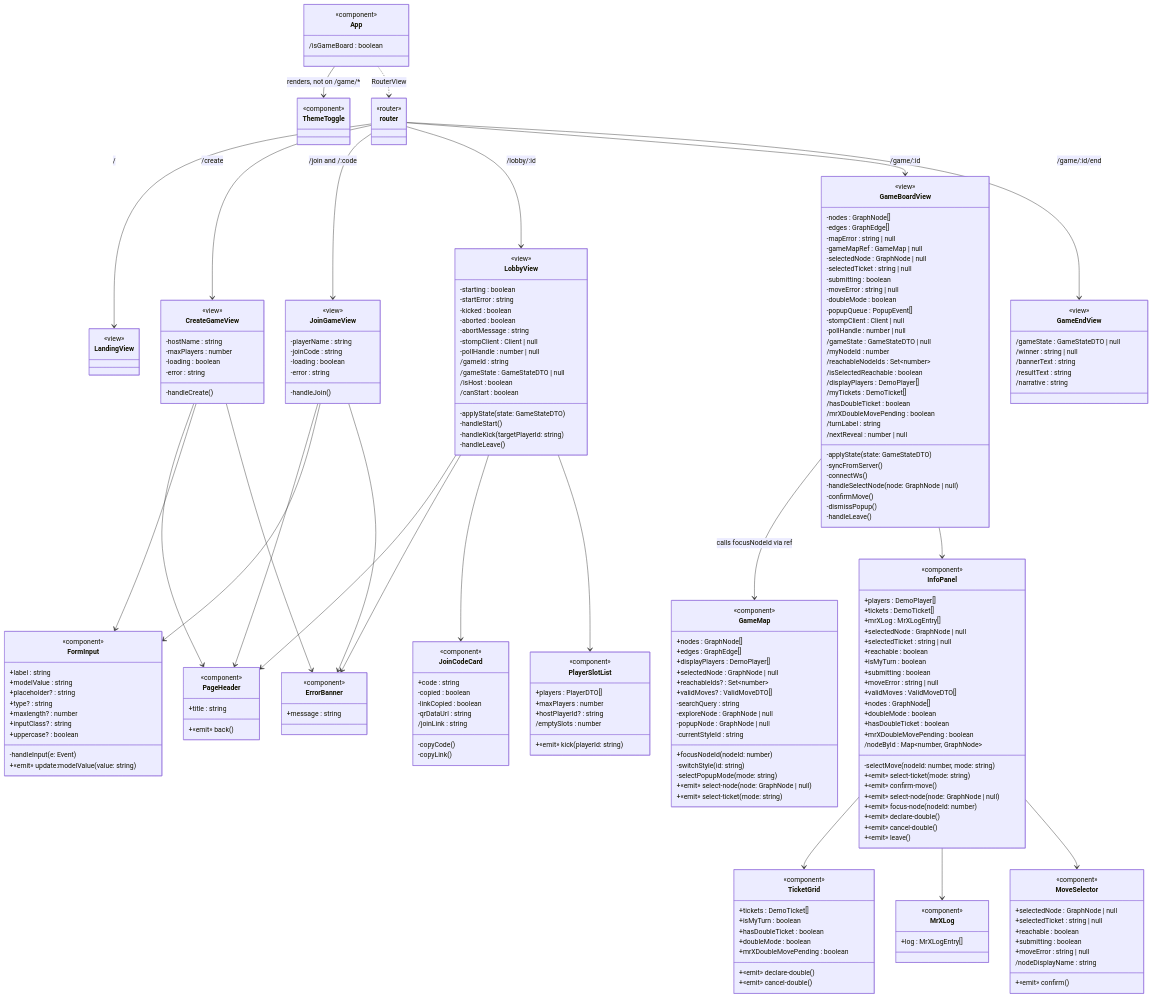
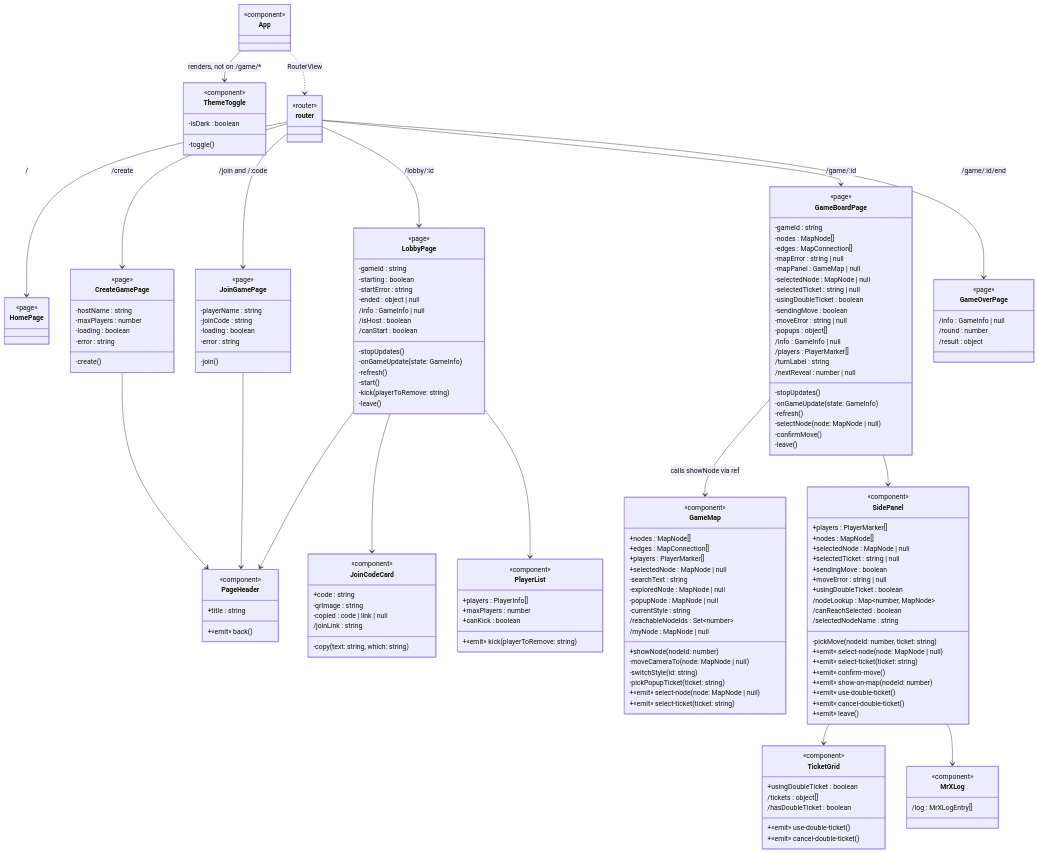
The third of 3 diagrams in documentation/plans/frontend-graph.md (Ming-Bao/HuntingMrX), drawn with Mermaid before and after one commit. The commit also changed other lines of this file and 58 other files, not shown here.

````diff
--- a/documentation/plans/frontend-graph.md
+++ b/documentation/plans/frontend-graph.md
@@ -238,189 +218,141 @@
 
     class App {
         <<component>>
-        /isGameBoard : boolean
     }
     class router {
         <<router>>
     }
-    class LandingView {
-        <<view>>
+    class HomePage {
+        <<page>>
     }
-    class CreateGameView {
-        <<view>>
+    class CreateGamePage {
+        <<page>>
         -hostName : string
         -maxPlayers : number
         -loading : boolean
         -error : string
-        -handleCreate()
+        -create()
     }
-    class JoinGameView {
-        <<view>>
+    class JoinGamePage {
+        <<page>>
         -playerName : string
         -joinCode : string
         -loading : boolean
         -error : string
-        -handleJoin()
+        -join()
     }
-    class LobbyView {
-        <<view>>
+    class LobbyPage {
+        <<page>>
+        -gameId : string
         -starting : boolean
         -startError : string
-        -kicked : boolean
-        -aborted : boolean
-        -abortMessage : string
-        -stompClient : Client | null
-        -pollHandle : number | null
-        /gameId : string
-        /gameState : GameStateDTO | null
+        -ended : object | null
+        -stopUpdates()
+        /info : GameInfo | null
         /isHost : boolean
         /canStart : boolean
-        -applyState(state: GameStateDTO)
-        -handleStart()
-        -handleKick(targetPlayerId: string)
-        -handleLeave()
+        -onGameUpdate(state: GameInfo)
+        -refresh()
+        -start()
+        -kick(playerToRemove: string)
+        -leave()
     }
-    class GameBoardView {
-        <<view>>
-        -nodes : GraphNode[]
-        -edges : GraphEdge[]
+    class GameBoardPage {
+        <<page>>
+        -gameId : string
+        -nodes : MapNode[]
+        -edges : MapConnection[]
         -mapError : string | null
-        -gameMapRef : GameMap | null
-        -selectedNode : GraphNode | null
+        -mapPanel : GameMap | null
+        -selectedNode : MapNode | null
         -selectedTicket : string | null
-        -submitting : boolean
+        -usingDoubleTicket : boolean
+        -sendingMove : boolean
         -moveError : string | null
-        -doubleMode : boolean
-        -popupQueue : PopupEvent[]
-        -stompClient : Client | null
-        -pollHandle : number | null
-        /gameState : GameStateDTO | null
-        /myNodeId : number
-        /reachableNodeIds : Set~number~
-        /isSelectedReachable : boolean
-        /displayPlayers : DemoPlayer[]
-        /myTickets : DemoTicket[]
-        /hasDoubleTicket : boolean
-        /mrXDoubleMovePending : boolean
+        -popups : object[]
+        -stopUpdates()
+        /info : GameInfo | null
+        /players : PlayerMarker[]
         /turnLabel : string
         /nextReveal : number | null
-        -applyState(state: GameStateDTO)
-        -syncFromServer()
-        -connectWs()
-        -handleSelectNode(node: GraphNode | null)
+        -onGameUpdate(state: GameInfo)
+        -refresh()
+        -selectNode(node: MapNode | null)
         -confirmMove()
-        -dismissPopup()
-        -handleLeave()
+        -leave()
     }
-    class GameEndView {
-        <<view>>
-        /gameState : GameStateDTO | null
-        /winner : string | null
-        /bannerText : string
-        /resultText : string
-        /narrative : string
+    class GameOverPage {
+        <<page>>
+        /info : GameInfo | null
+        /round : number
+        /result : object
     }
     class GameMap {
         <<component>>
-        +nodes : GraphNode[]
-        +edges : GraphEdge[]
-        +displayPlayers : DemoPlayer[]
-        +selectedNode : GraphNode | null
-        +reachableIds? : Set~number~
-        +validMoves? : ValidMoveDTO[]
-        -searchQuery : string
-        -exploreNode : GraphNode | null
-        -popupNode : GraphNode | null
-        -currentStyleId : string
-        +focusNodeId(nodeId: number)
+        +nodes : MapNode[]
+        +edges : MapConnection[]
+        +players : PlayerMarker[]
+        +selectedNode : MapNode | null
+        -searchText : string
+        -exploredNode : MapNode | null
+        -popupNode : MapNode | null
+        -currentStyle : string
+        /reachableNodeIds : Set~number~
+        /myNode : MapNode | null
+        +showNode(nodeId: number)
+        -moveCameraTo(node: MapNode | null)
         -switchStyle(id: string)
-        -selectPopupMode(mode: string)
-        +«emit» select-node(node: GraphNode | null)
-        +«emit» select-ticket(mode: string)
+        -pickPopupTicket(ticket: string)
+        +«emit» select-node(node: MapNode | null)
+        +«emit» select-ticket(ticket: string)
     }
-    class InfoPanel {
+    class SidePanel {
         <<component>>
-        +players : DemoPlayer[]
-        +tickets : DemoTicket[]
-        +mrXLog : MrXLogEntry[]
-        +selectedNode : GraphNode | null
+        +players : PlayerMarker[]
+        +nodes : MapNode[]
+        +selectedNode : MapNode | null
         +selectedTicket : string | null
-        +reachable : boolean
-        +isMyTurn : boolean
-        +submitting : boolean
+        +sendingMove : boolean
         +moveError : string | null
-        +validMoves : ValidMoveDTO[]
-        +nodes : GraphNode[]
-        +doubleMode : boolean
-        +hasDoubleTicket : boolean
-        +mrXDoubleMovePending : boolean
-        /nodeById : Map~number, GraphNode~
-        -selectMove(nodeId: number, mode: string)
-        +«emit» select-ticket(mode: string)
+        +usingDoubleTicket : boolean
+        /nodeLookup : Map~number, MapNode~
+        /canReachSelected : boolean
+        /selectedNodeName : string
+        -pickMove(nodeId: number, ticket: string)
+        +«emit» select-node(node: MapNode | null)
+        +«emit» select-ticket(ticket: string)
         +«emit» confirm-move()
-        +«emit» select-node(node: GraphNode | null)
-        +«emit» focus-node(nodeId: number)
-        +«emit» declare-double()
-        +«emit» cancel-double()
+        +«emit» show-on-map(nodeId: number)
+        +«emit» use-double-ticket()
+        +«emit» cancel-double-ticket()
         +«emit» leave()
     }
-    class MoveSelector {
+    class TicketGrid {
         <<component>>
-        +selectedNode : GraphNode | null
-        +selectedTicket : string | null
-        +reachable : boolean
-        +submitting : boolean
-        +moveError : string | null
-        /nodeDisplayName : string
-        +«emit» confirm()
+        +usingDoubleTicket : boolean
+        /tickets : object[]
+        /hasDoubleTicket : boolean
+        +«emit» use-double-ticket()
+        +«emit» cancel-double-ticket()
     }
     class MrXLog {
         <<component>>
-        +log : MrXLogEntry[]
-    }
-    class TicketGrid {
-        <<component>>
-        +tickets : DemoTicket[]
-        +isMyTurn : boolean
-        +hasDoubleTicket : boolean
-        +doubleMode : boolean
-        +mrXDoubleMovePending : boolean
-        +«emit» declare-double()
-        +«emit» cancel-double()
+        /log : MrXLogEntry[]
     }
     class JoinCodeCard {
         <<component>>
         +code : string
-        -copied : boolean
-        -linkCopied : boolean
-        -qrDataUrl : string
+        -qrImage : string
+        -copied : code | link | null
         /joinLink : string
-        -copyCode()
-        -copyLink()
+        -copy(text: string, which: string)
     }
-    class PlayerSlotList {
+    class PlayerList {
         <<component>>
-        +players : PlayerDTO[]
+        +players : PlayerInfo[]
         +maxPlayers : number
-        +hostPlayerId? : string
-        /emptySlots : number
-        +«emit» kick(playerId: string)
-    }
-    class ErrorBanner {
-        <<component>>
-        +message : string
-    }
-    class FormInput {
-        <<component>>
-        +label : string
-        +modelValue : string
-        +placeholder? : string
-        +type? : string
-        +maxlength? : number
-        +inputClass? : string
-        +uppercase? : boolean
-        -handleInput(e: Event)
-        +«emit» update:modelValue(value: string)
+        +canKick : boolean
+        +«emit» kick(playerToRemove: string)
     }
     class PageHeader {
         <<component>>
@@ -429,29 +361,25 @@
     }
     class ThemeToggle {
         <<component>>
+        -isDark : boolean
+        -toggle()
     }
 
     App --> ThemeToggle : renders, not on /game/*
     App ..> router : RouterView
-    router --> LandingView : /
-    router --> CreateGameView : /create
-    router --> JoinGameView : /join and /#58;code
-    router --> LobbyView : /lobby/#58;id
-    router --> GameBoardView : /game/#58;id
-    router --> GameEndView : /game/#58;id/end
-    CreateGameView --> PageHeader
-    CreateGameView --> FormInput
-    CreateGameView --> ErrorBanner
-    JoinGameView --> PageHeader
-    JoinGameView --> FormInput
-    JoinGameView --> ErrorBanner
-    LobbyView --> PageHeader
-    LobbyView --> ErrorBanner
-    LobbyView --> JoinCodeCard
-    LobbyView --> PlayerSlotList
-    GameBoardView --> GameMap : calls focusNodeId via ref
-    GameBoardView --> InfoPanel
-    InfoPanel --> TicketGrid
-    InfoPanel --> MrXLog
-    InfoPanel --> MoveSelector
+    router --> HomePage : /
+    router --> CreateGamePage : /create
+    router --> JoinGamePage : /join and /#58;code
+    router --> LobbyPage : /lobby/#58;id
+    router --> GameBoardPage : /game/#58;id
+    router --> GameOverPage : /game/#58;id/end
+    CreateGamePage --> PageHeader
+    JoinGamePage --> PageHeader
+    LobbyPage --> PageHeader
+    LobbyPage --> JoinCodeCard
+    LobbyPage --> PlayerList
+    GameBoardPage --> GameMap : calls showNode via ref
+    GameBoardPage --> SidePanel
+    SidePanel --> TicketGrid
+    SidePanel --> MrXLog
 ```
````
